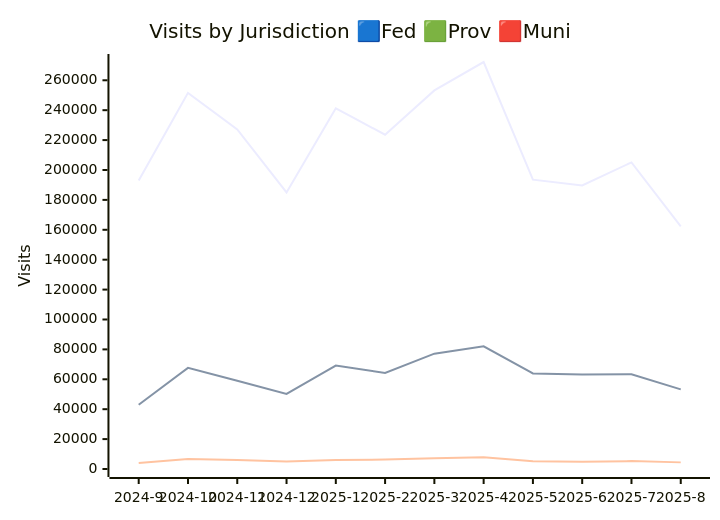
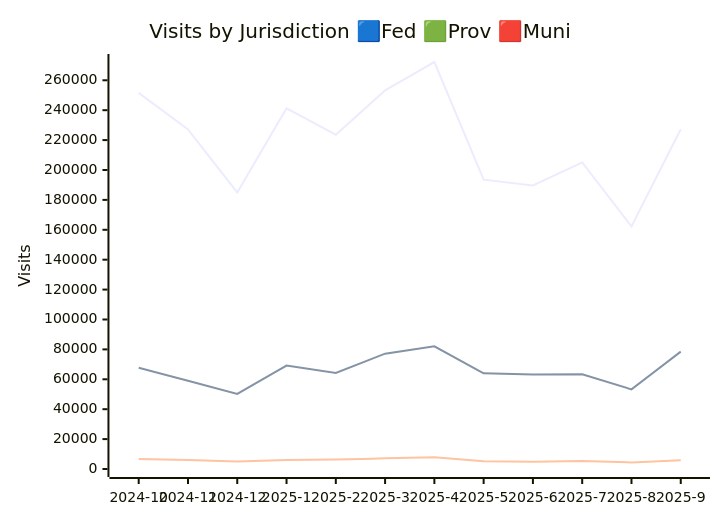
Before and after one commit to PatLittle/analytics-corporate-reporting: the second of 3 diagrams in JURISDICTION_ANALYTICS_REPORT/readme.md, drawn with Mermaid. The commit also changed other lines of this file and 3 other files, not shown here.

````diff
--- a/JURISDICTION_ANALYTICS_REPORT/readme.md
+++ b/JURISDICTION_ANALYTICS_REPORT/readme.md
@@ -17,10 +17,10 @@
 ```mermaid
 
 xychart-beta
     title "Visits by Jurisdiction 🟦Fed 🟩Prov 🟥Muni"
-    x-axis [2024-9, 2024-10, 2024-11, 2024-12, 2025-1, 2025-2, 2025-3, 2025-4, 2025-5, 2025-6, 2025-7, 2025-8]
+    x-axis [2024-10, 2024-11, 2024-12, 2025-1, 2025-2, 2025-3, 2025-4, 2025-5, 2025-6, 2025-7, 2025-8, 2025-9]
     y-axis "Visits" 0 --> 272227
-    line [192949, 251571, 227132, 185011, 241284, 223568, 253233, 272217, 193531, 189639, 205080, 162267]
-    line [42979, 67667, 59044, 50223, 69189, 64270, 77127, 82024, 63943, 63154, 63395, 53260]
-    line [4032, 6644, 6054, 4970, 6014, 6299, 7117, 7807, 5126, 4800, 5300, 4431]
+    line [251571, 227132, 185011, 241284, 223568, 253233, 272217, 193531, 189639, 205080, 162267, 227261]
+    line [67667, 59051, 50227, 69195, 64293, 77139, 82034, 63965, 63173, 63415, 53267, 78504]
+    line [6644, 6054, 4970, 6014, 6299, 7117, 7807, 5126, 4800, 5300, 4431, 5841]
 ```
````
